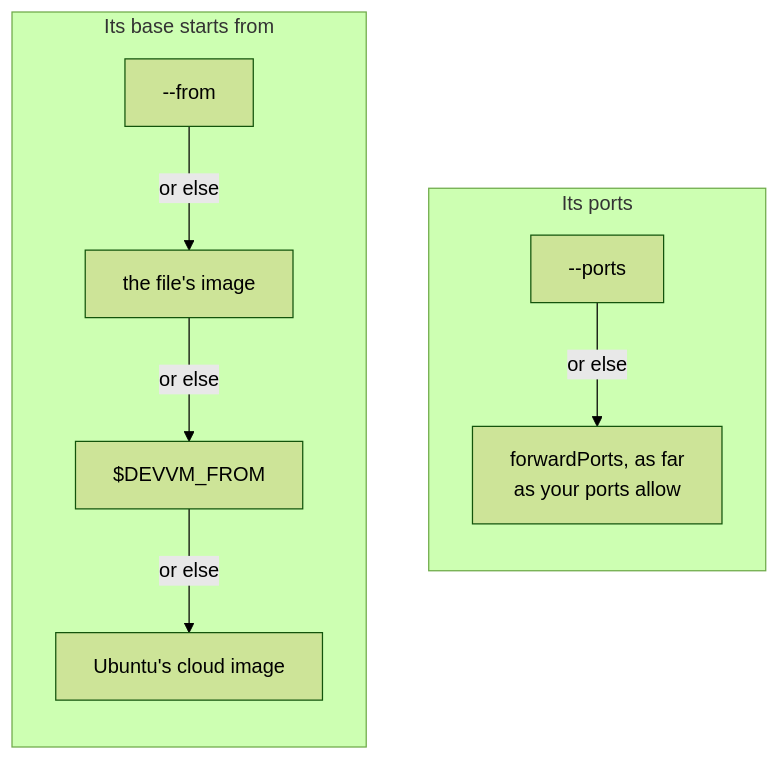
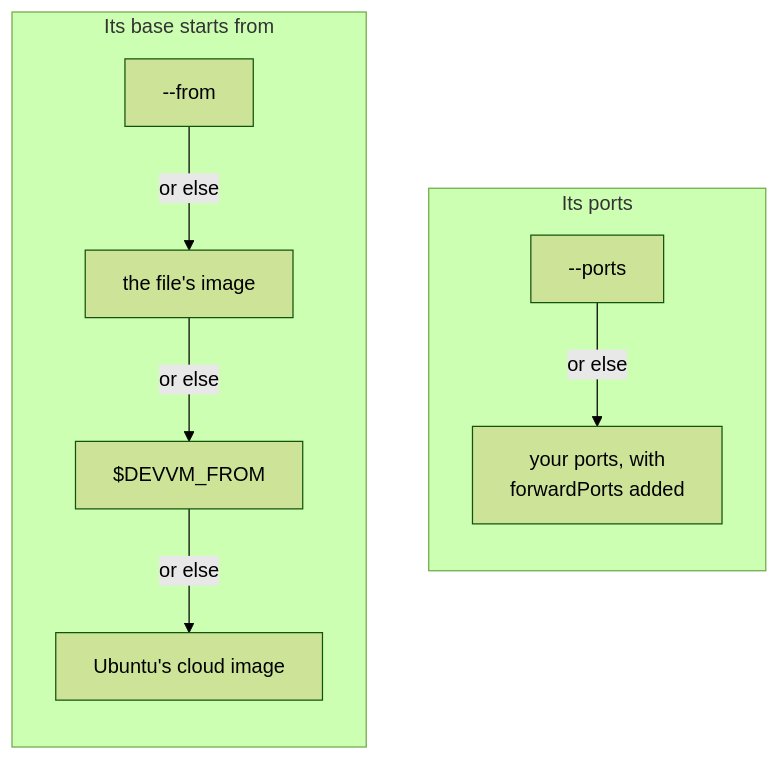
Before and after one commit to DustyPolk/devvm: the diagram in docs/content/docs/using/devcontainer.md, drawn with Mermaid (forest theme). The commit also changed other lines of this file and 25 other files, not shown here.

````diff
--- a/docs/content/docs/using/devcontainer.md
+++ b/docs/content/docs/using/devcontainer.md
@@ -29,13 +29,13 @@
 ```mermaid
 flowchart TD
   subgraph ports["Its ports"]
     direction TB
-    flag["--ports"] -- "or else" --> fwd["forwardPorts, as far<br>as your ports allow"]
+    flag["--ports"] -- "or else" --> fwd["your ports, with<br>forwardPorts added"]
   end
   subgraph base["Its base starts from"]
     direction TB
     from["--from"] -- "or else" --> image["the file's image"]
     image -- "or else" --> env["$DEVVM_FROM"]
     env -- "or else" --> ubuntu["Ubuntu's cloud image"]
   end
 ```
````
